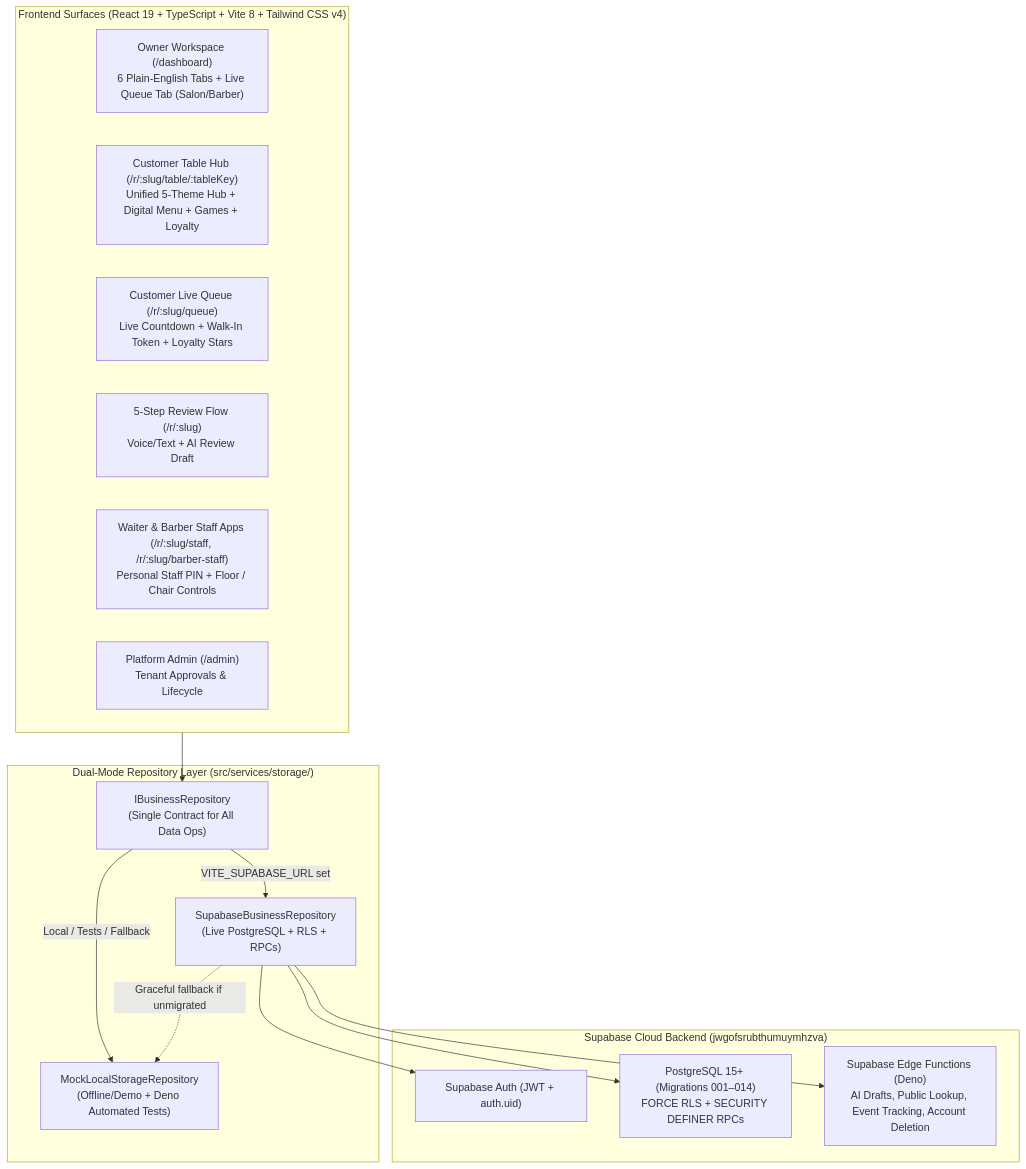
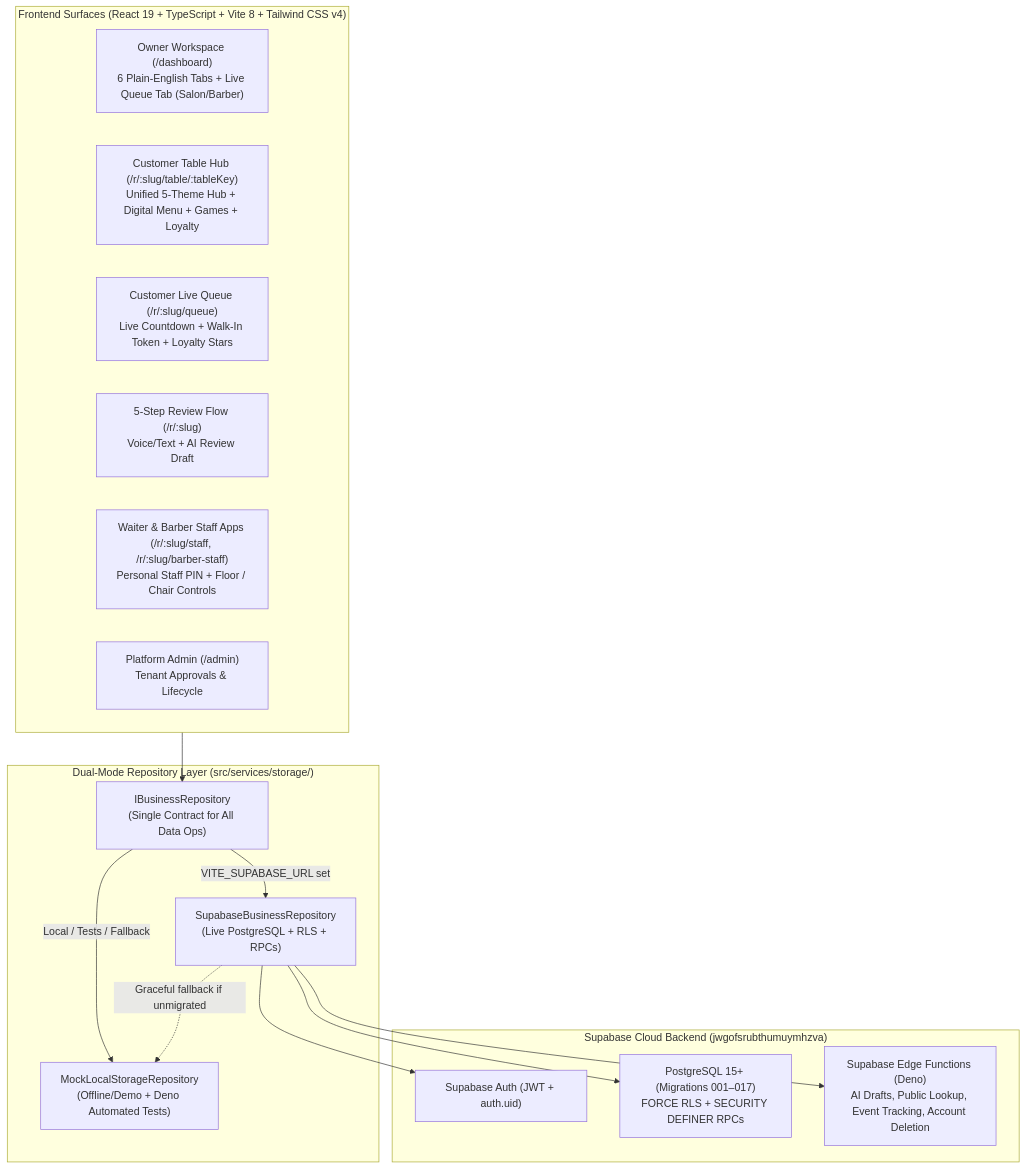
One commit to pusalalaxmi41-ctrl/reviewassist-saas changed the first of 3 diagrams in ARCHITECTURE.md. Above: the diagram before and after it, drawn with Mermaid. The commit also changed other lines of this file and 10 other files, not shown here.

````diff
--- a/ARCHITECTURE.md
+++ b/ARCHITECTURE.md
@@ -16,31 +16,31 @@
 ```mermaid
 flowchart TB
     subgraph Clients["Frontend Surfaces (React 19 + TypeScript + Vite 8 + Tailwind CSS v4)"]
         Owner["Owner Workspace (/dashboard)\n6 Plain-English Tabs + Live Queue Tab (Salon/Barber)"]
         Customer["Customer Table Hub (/r/:slug/table/:tableKey)\nUnified 5-Theme Hub + Digital Menu + Games + Loyalty"]
         BarberGuest["Customer Live Queue (/r/:slug/queue)\nLive Countdown + Walk-In Token + Loyalty Stars"]
         Review["5-Step Review Flow (/r/:slug)\nVoice/Text + AI Review Draft"]
         Waiter["Waiter & Barber Staff Apps (/r/:slug/staff, /r/:slug/barber-staff)\nPersonal Staff PIN + Floor / Chair Controls"]
         Admin["Platform Admin (/admin)\nTenant Approvals & Lifecycle"]
     end
 
     subgraph Repository["Dual-Mode Repository Layer (src/services/storage/)"]
         Interface["IBusinessRepository\n(Single Contract for All Data Ops)"]
         SupaRepo["SupabaseBusinessRepository\n(Live PostgreSQL + RLS + RPCs)"]
         MockRepo["MockLocalStorageRepository\n(Offline/Demo + Deno Automated Tests)"]
     end
 
     subgraph Backend["Supabase Cloud Backend (jwgofsrubthumuymhzva)"]
         Auth["Supabase Auth (JWT + auth.uid)"]
-        DB["PostgreSQL 15+ (Migrations 001–014)\nFORCE RLS + SECURITY DEFINER RPCs"]
+        DB["PostgreSQL 15+ (Migrations 001–017)\nFORCE RLS + SECURITY DEFINER RPCs"]
         Edge["Supabase Edge Functions (Deno)\nAI Drafts, Public Lookup, Event Tracking, Account Deletion"]
     end
 
     Clients --> Interface
     Interface -->|"VITE_SUPABASE_URL set"| SupaRepo
     Interface -->|"Local / Tests / Fallback"| MockRepo
     SupaRepo --> Auth
     SupaRepo --> DB
     SupaRepo --> Edge
     SupaRepo -.->|"Graceful fallback if unmigrated"| MockRepo
 ```
````
